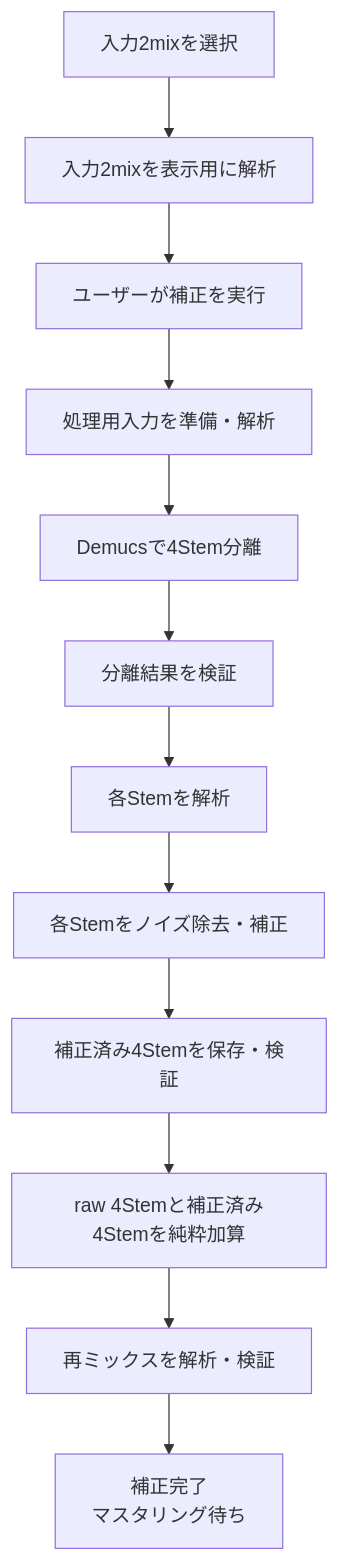
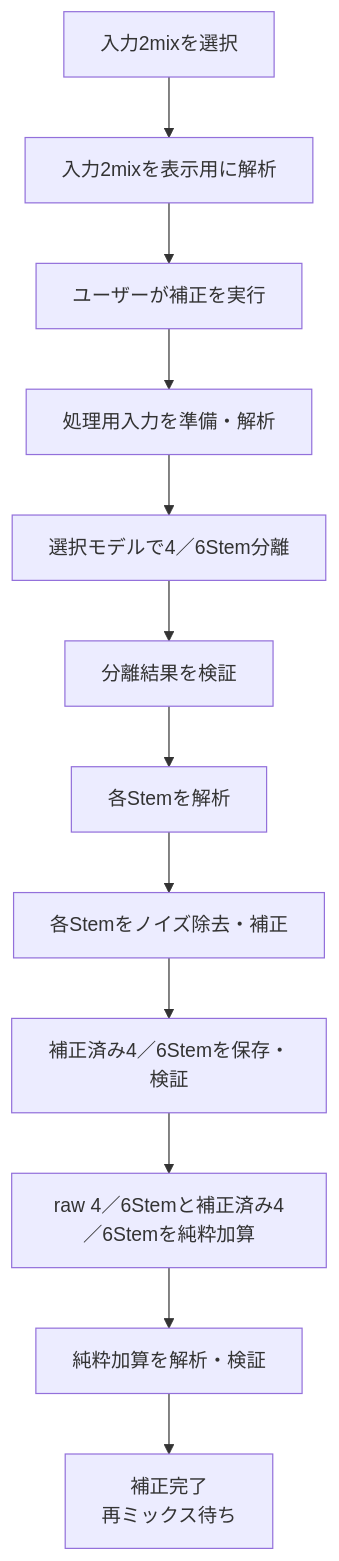
The third of 5 diagrams in README.md (hajimeno-ipoo/Veloura-Lucent), drawn with Mermaid before and after one commit. The commit also changed other lines of this file and 94 other files, not shown here.

````diff
--- a/README.md
+++ b/README.md
@@ -170,17 +176,17 @@
 ```mermaid
 flowchart TB
     A["入力2mixを選択"]
     B["入力2mixを表示用に解析"]
     C["ユーザーが補正を実行"]
     D["処理用入力を準備・解析"]
-    E["Demucsで4Stem分離"]
+    E["選択モデルで4／6Stem分離"]
     F["分離結果を検証"]
     G["各Stemを解析"]
     H["各Stemをノイズ除去・補正"]
-    I["補正済み4Stemを保存・検証"]
-    J["raw 4Stemと補正済み4Stemを純粋加算"]
-    K["再ミックスを解析・検証"]
-    L["補正完了<br/>マスタリング待ち"]
+    I["補正済み4／6Stemを保存・検証"]
+    J["raw 4／6Stemと補正済み4／6Stemを純粋加算"]
+    K["純粋加算を解析・検証"]
+    L["補正完了<br/>再ミックス待ち"]
 
     A --> B --> C --> D --> E --> F --> G --> H --> I --> J --> K --> L
 ```
````
